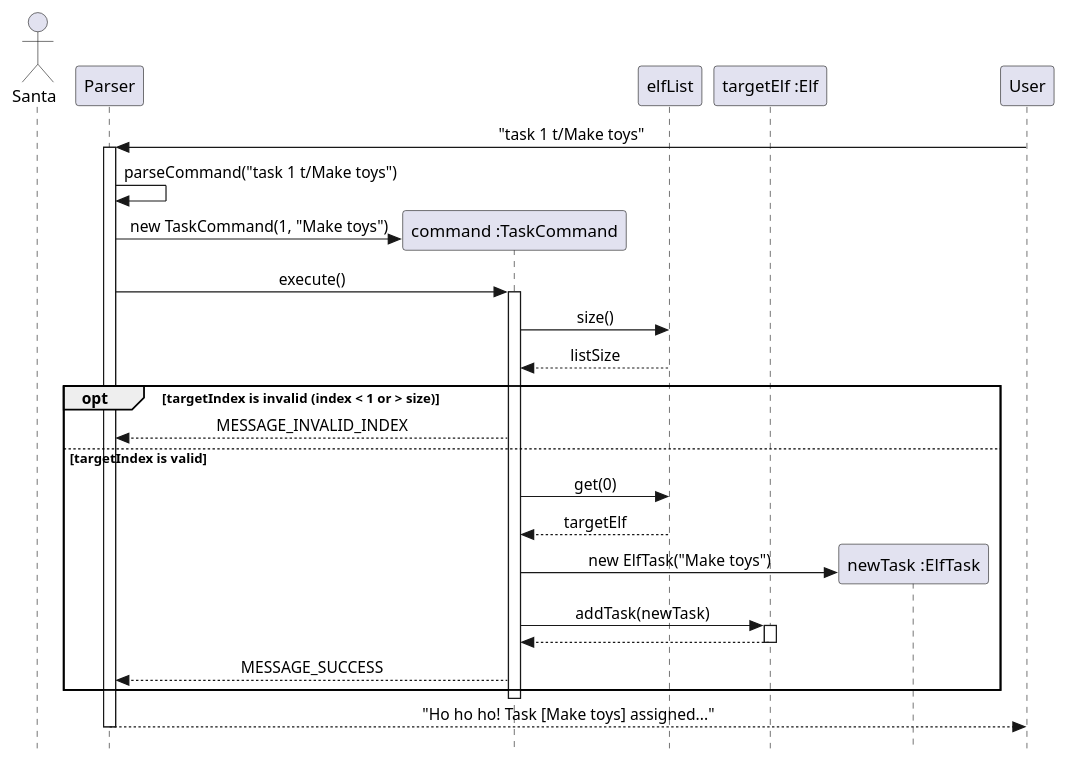
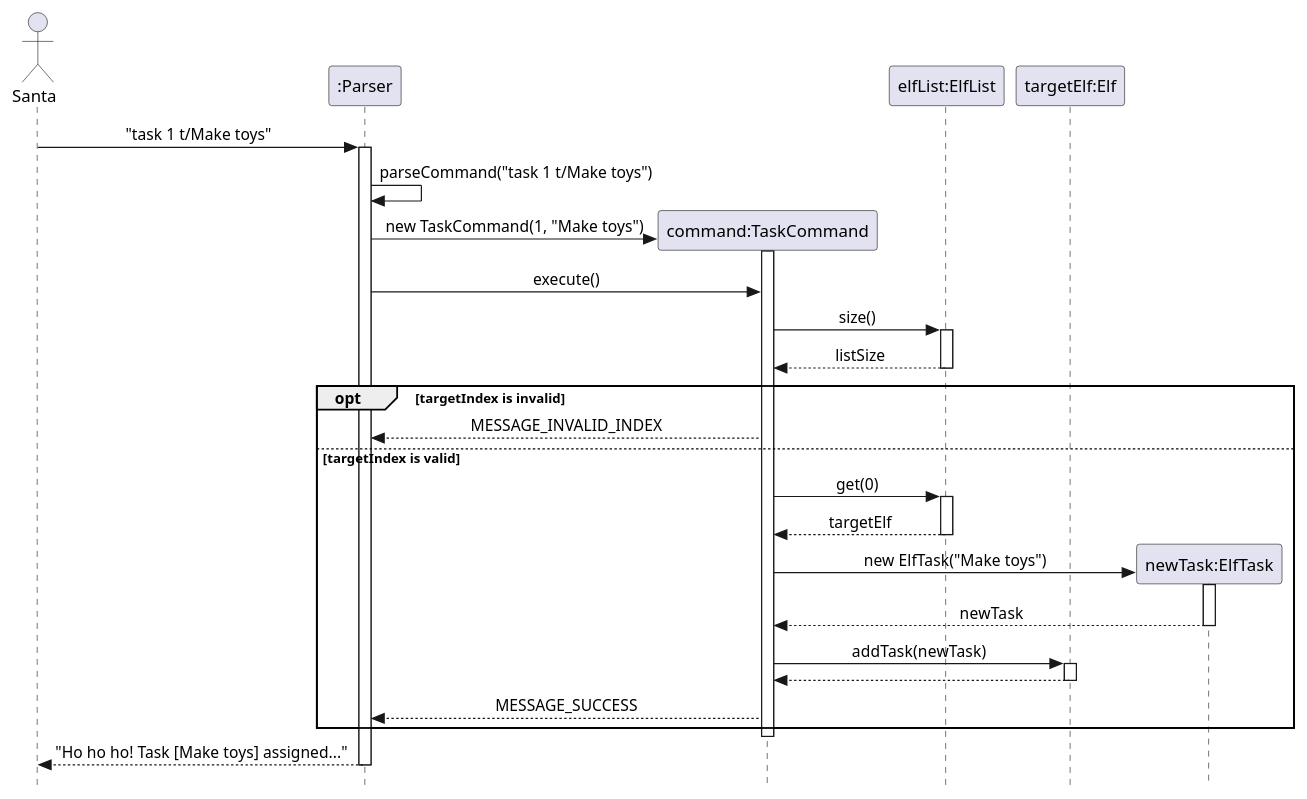
Before and after one commit to shrabasti-c/tp: the diagram in docs/diagrams/TaskSequenceDiagram.puml, drawn with PlantUML. The commit also changed 14 other files, not shown here.

```diff
--- a/docs/diagrams/TaskSequenceDiagram.puml
+++ b/docs/diagrams/TaskSequenceDiagram.puml
@@ -1,46 +1,54 @@
 @startuml
 skinparam Style strictuml
 skinparam SequenceMessageAlignment center
 
-actor Santa
-participant "Parser" as Parser
-participant "command :TaskCommand" as TaskCommand
-participant "elfList" as elfList
-participant "targetElf :Elf" as Elf
-participant "newTask :ElfTask" as ElfTask
+actor "Santa" as Santa
+participant ":Parser" as Parser
+participant "command:TaskCommand" as TaskCommand
+participant "elfList:ElfList" as elfList
+participant "targetElf:Elf" as Elf
+participant "newTask:ElfTask" as ElfTask
 
-User -> Parser : "task 1 t/Make toys"
+Santa -> Parser : "task 1 t/Make toys"
 activate Parser
 
 Parser -> Parser : parseCommand("task 1 t/Make toys")
+
 create TaskCommand
 Parser -> TaskCommand : new TaskCommand(1, "Make toys")
+activate TaskCommand
 
 Parser -> TaskCommand : execute()
-activate TaskCommand
 
 TaskCommand -> elfList : size()
+activate elfList
 elfList --> TaskCommand : listSize
+deactivate elfList
 
-opt targetIndex is invalid (index < 1 or > size)
+opt targetIndex is invalid
     TaskCommand --> Parser : MESSAGE_INVALID_INDEX
 else targetIndex is valid
     TaskCommand -> elfList : get(0)
+    activate elfList
     elfList --> TaskCommand : targetElf
+    deactivate elfList
 
     create ElfTask
     TaskCommand -> ElfTask : new ElfTask("Make toys")
+    activate ElfTask
+    ElfTask --> TaskCommand : newTask
+    deactivate ElfTask
 
     TaskCommand -> Elf : addTask(newTask)
     activate Elf
     Elf --> TaskCommand
     deactivate Elf
 
     TaskCommand --> Parser : MESSAGE_SUCCESS
 end
 
 deactivate TaskCommand
-Parser --> User : "Ho ho ho! Task [Make toys] assigned..."
+Parser --> Santa : "Ho ho ho! Task [Make toys] assigned..."
 deactivate Parser
 
 @enduml
```
